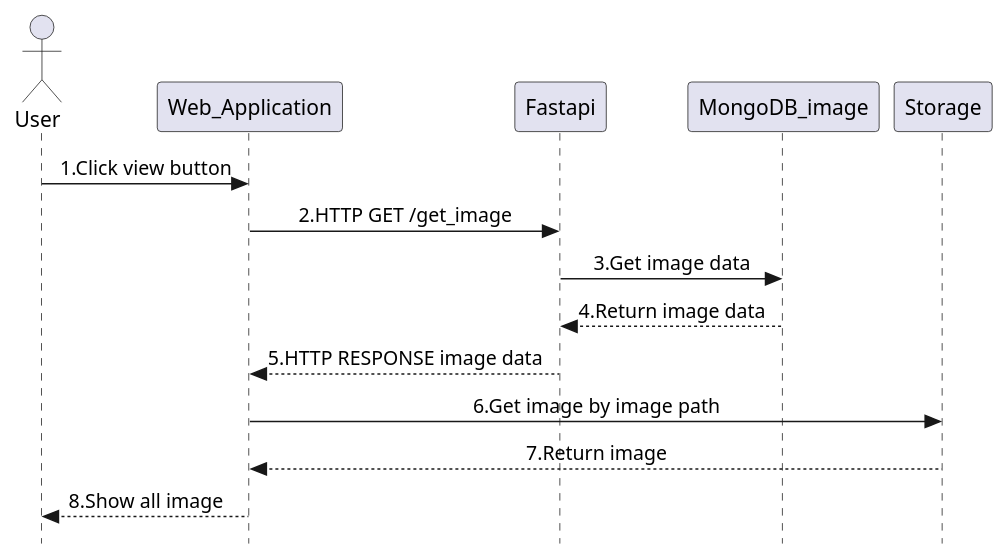
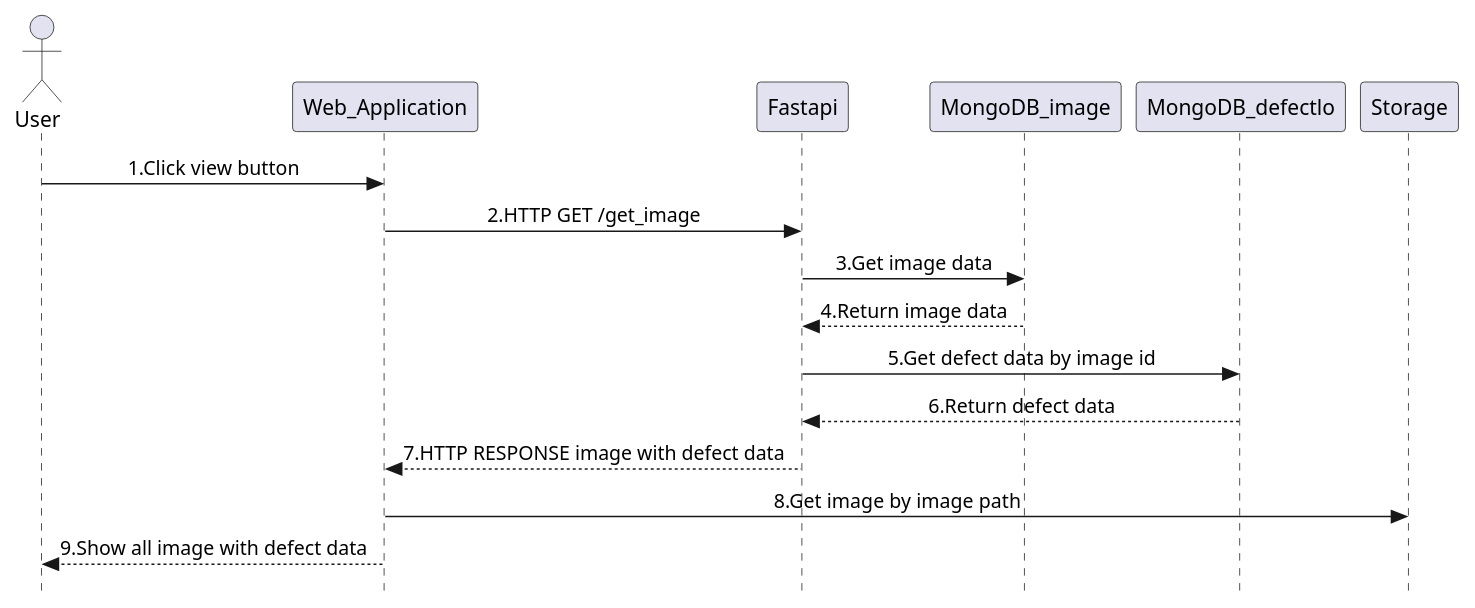
One commit to pasin2545/sequence-diagram changed the diagram in showImage.plantuml. Above: the diagram before and after it, drawn with PlantUML. The commit also changed 5 other files, not shown here.

Commit message:
update UML

```diff
--- a/showImage.plantuml
+++ b/showImage.plantuml
@@ -1,17 +1,19 @@
 @startuml Roof_Surface_viewHistory
 skinparam Style strictuml
 skinparam SequenceMessageAlignment center
 actor User as user
 participant Web_Application as web_app
 participant Fastapi as fastapi
 participant MongoDB_image as image
+participant MongoDB_defectlo as defect
 participant Storage as storage
 user -> web_app : 1.Click view button
 web_app -> fastapi : 2.HTTP GET /get_image
 fastapi -> image : 3.Get image data
 image --> fastapi : 4.Return image data
-fastapi --> web_app : 5.HTTP RESPONSE image data
-web_app -> storage : 6.Get image by image path
-storage --> web_app : 7.Return image
-web_app --> user : 8.Show all image
+fastapi -> defect : 5.Get defect data by image id
+defect --> fastapi : 6.Return defect data
+fastapi --> web_app : 7.HTTP RESPONSE image with defect data
+web_app -> storage : 8.Get image by image path
+web_app --> user : 9.Show all image with defect data
 @enduml
```
